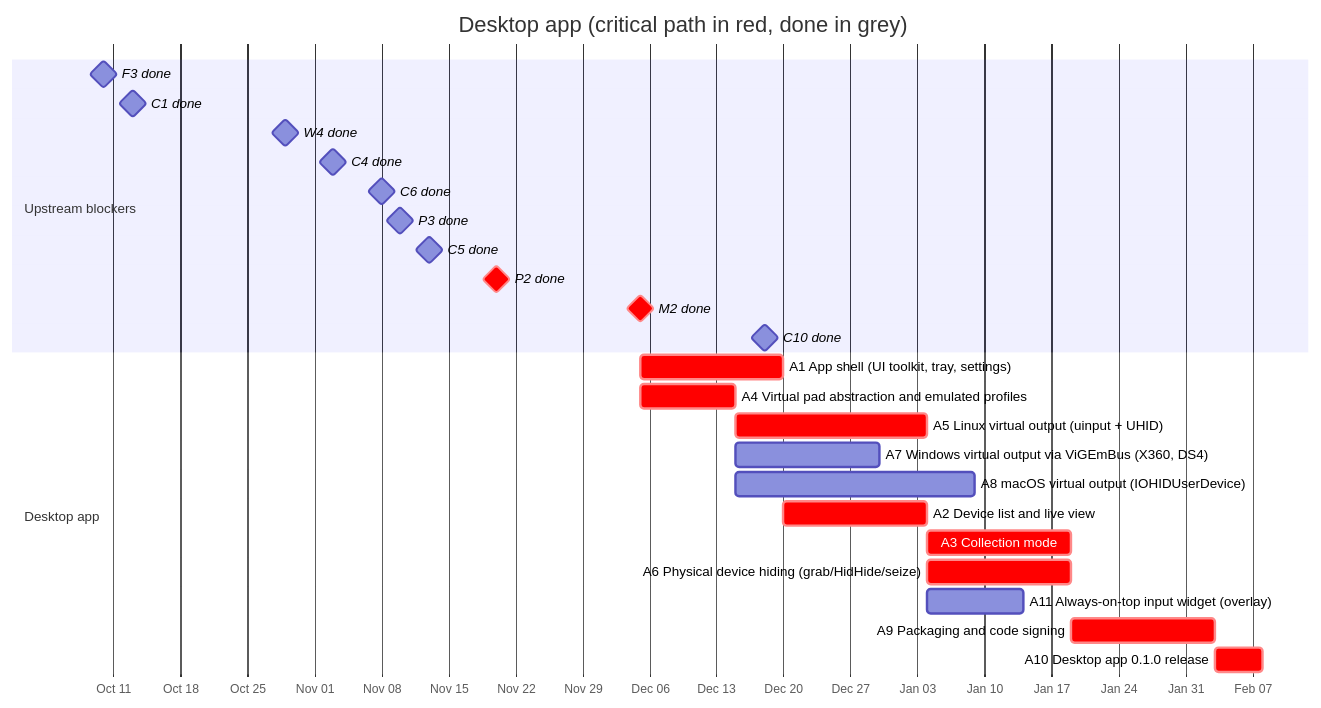
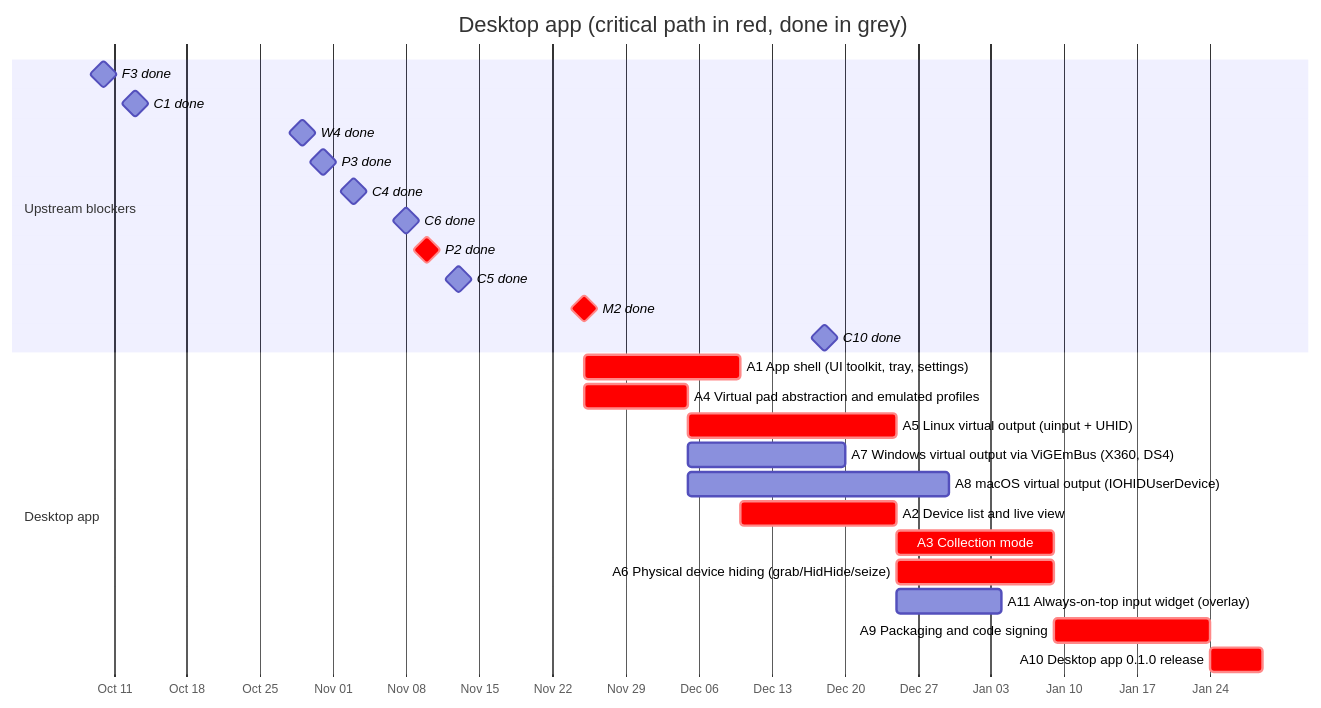
One commit to anygamepad/anygamepad.github.io changed the diagram in ROADMAP/2026-10-14/05-desktop-app.md. Above: the diagram before and after it, drawn with Mermaid. The commit also changed other lines of this file and 35 other files, not shown here.

First line of the commit message:
D1, D2: device profile format, JSON Schema and SDL GameControllerDB importer; tester theme switch (#8)

````diff
--- a/ROADMAP/2026-10-14/05-desktop-app.md
+++ b/ROADMAP/2026-10-14/05-desktop-app.md
@@ -17,29 +17,29 @@
 ```mermaid
 gantt
     dateFormat YYYY-MM-DD
     axisFormat %b %d
     title Desktop app (critical path in red, done in grey)
     section Upstream blockers
     F3 done :milestone, f3, 2026-10-10, 0d
     C1 done :milestone, c1, 2026-10-13, 0d
     W4 done :milestone, w4, 2026-10-29, 0d
+    P3 done :milestone, p3, 2026-10-31, 0d
     C4 done :milestone, c4, 2026-11-03, 0d
     C6 done :milestone, c6, 2026-11-08, 0d
-    P3 done :milestone, p3, 2026-11-10, 0d
+    P2 done :milestone, crit, p2, 2026-11-10, 0d
     C5 done :milestone, c5, 2026-11-13, 0d
-    P2 done :milestone, crit, p2, 2026-11-20, 0d
-    M2 done :milestone, crit, m2, 2026-12-05, 0d
+    M2 done :milestone, crit, m2, 2026-11-25, 0d
     C10 done :milestone, c10, 2026-12-18, 0d
     section Desktop app
     A1 App shell (UI toolkit, tray, settings) :crit, a1, after f3 m2, 15d
     A4 Virtual pad abstraction and emulated profiles :crit, a4, after c1 m2, 10d
     A5 Linux virtual output (uinput + UHID) :crit, a5, after a4 c4, 20d
     A7 Windows virtual output via ViGEmBus (X360, DS4) :a7, after a4 c5, 15d
     A8 macOS virtual output (IOHIDUserDevice) :a8, after a4 c6, 25d
     A2 Device list and live view :crit, a2, after a1 c4, 15d
     A3 Collection mode :crit, a3, after a2 w4 p2 p3, 15d
     A6 Physical device hiding (grab/HidHide/seize) :crit, a6, after a5 c5 c6, 15d
     A11 Always-on-top input widget (overlay) :a11, after a2, 10d
     A9 Packaging and code signing :crit, a9, after a3 a6 a7 a8 a11, 15d
     A10 Desktop app 0.1.0 release :crit, a10, after a9 c10, 5d
 ```
````
